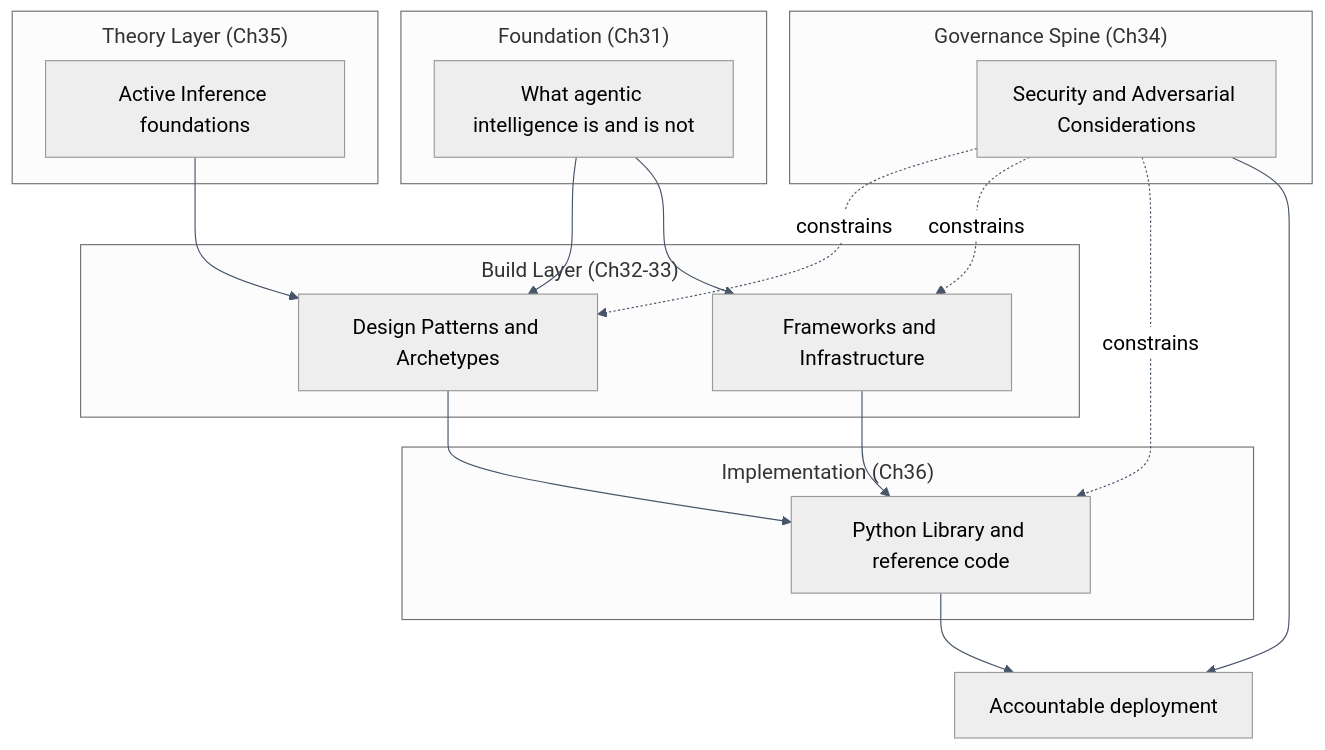
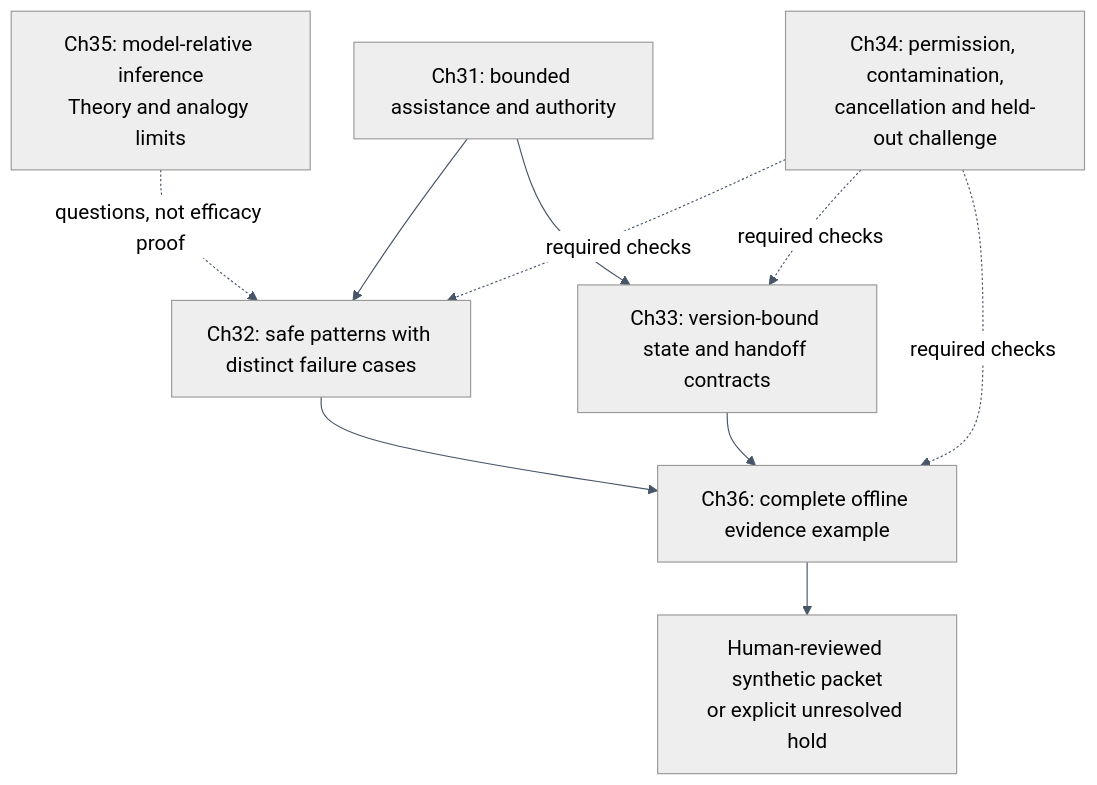
The diagram in output/figures/mermaid/part-ageint-layered-stack.mmd (docxology/AGEINT), drawn with Mermaid before and after one commit. The commit also changed 1158 other files, not shown here.

```diff
--- a/output/figures/mermaid/part-ageint-layered-stack.mmd
+++ b/output/figures/mermaid/part-ageint-layered-stack.mmd
@@ -1,28 +1,11 @@
 %%{init: {'theme':'neutral','themeVariables':{'fontSize':'18px','fontFamily':'Arial, sans-serif','primaryColor':'#dbeafe','primaryBorderColor':'#475569','primaryTextColor':'#0f172a','lineColor':'#475569','secondaryColor':'#dcfce7','tertiaryColor':'#fef3c7'},'flowchart':{'htmlLabels':true,'nodeSpacing':38,'rankSpacing':46,'curve':'basis','subGraphTitleMargin':{'top':8,'bottom':12}}}}%%
 flowchart TB
-  subgraph FND["Foundation (Ch31)"]
-    F["What agentic intelligence is and is not"]
-  end
-  subgraph BUILD["Build Layer (Ch32-33)"]
-    DP["Design Patterns and Archetypes"]
-    FW["Frameworks and Infrastructure"]
-  end
-  subgraph THEORY["Theory Layer (Ch35)"]
-    AI["Active Inference foundations"]
-  end
-  subgraph IMPL["Implementation (Ch36)"]
-    LIB["Python Library and reference code"]
-  end
-  subgraph GUARD["Governance Spine (Ch34)"]
-    SEC["Security and Adversarial Considerations"]
-  end
-  F --> DP
-  F --> FW
-  AI --> DP
-  DP --> LIB
-  FW --> LIB
-  SEC -.->|"constrains"| DP
-  SEC -.->|"constrains"| FW
-  SEC -.->|"constrains"| LIB
-  LIB --> DEPLOY["Accountable deployment"]
-  SEC --> DEPLOY
+  F["Ch31: bounded assistance and authority"] --> P["Ch32: safe patterns with distinct failure cases"]
+  F --> W["Ch33: version-bound state and handoff contracts"]
+  T["Ch35: model-relative inference<br/>Theory and analogy limits"] -.->|"questions, not efficacy proof"| P
+  P --> E["Ch36: complete offline evidence example"]
+  W --> E
+  S["Ch34: permission, contamination,<br/>cancellation and held-out challenge"] -.->|"required checks"| P
+  S -.->|"required checks"| W
+  S -.->|"required checks"| E
+  E --> R["Human-reviewed synthetic packet<br/>or explicit unresolved hold"]
```
